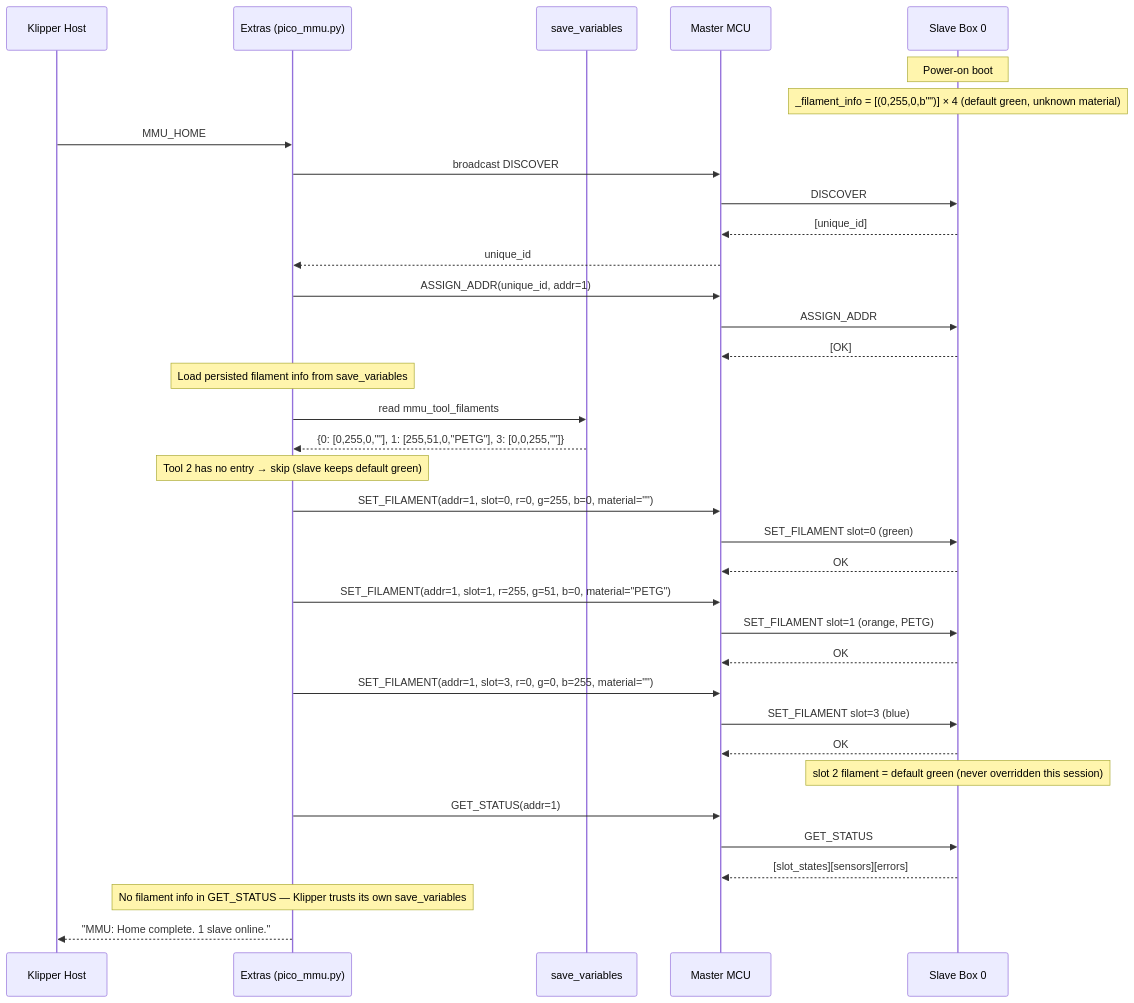
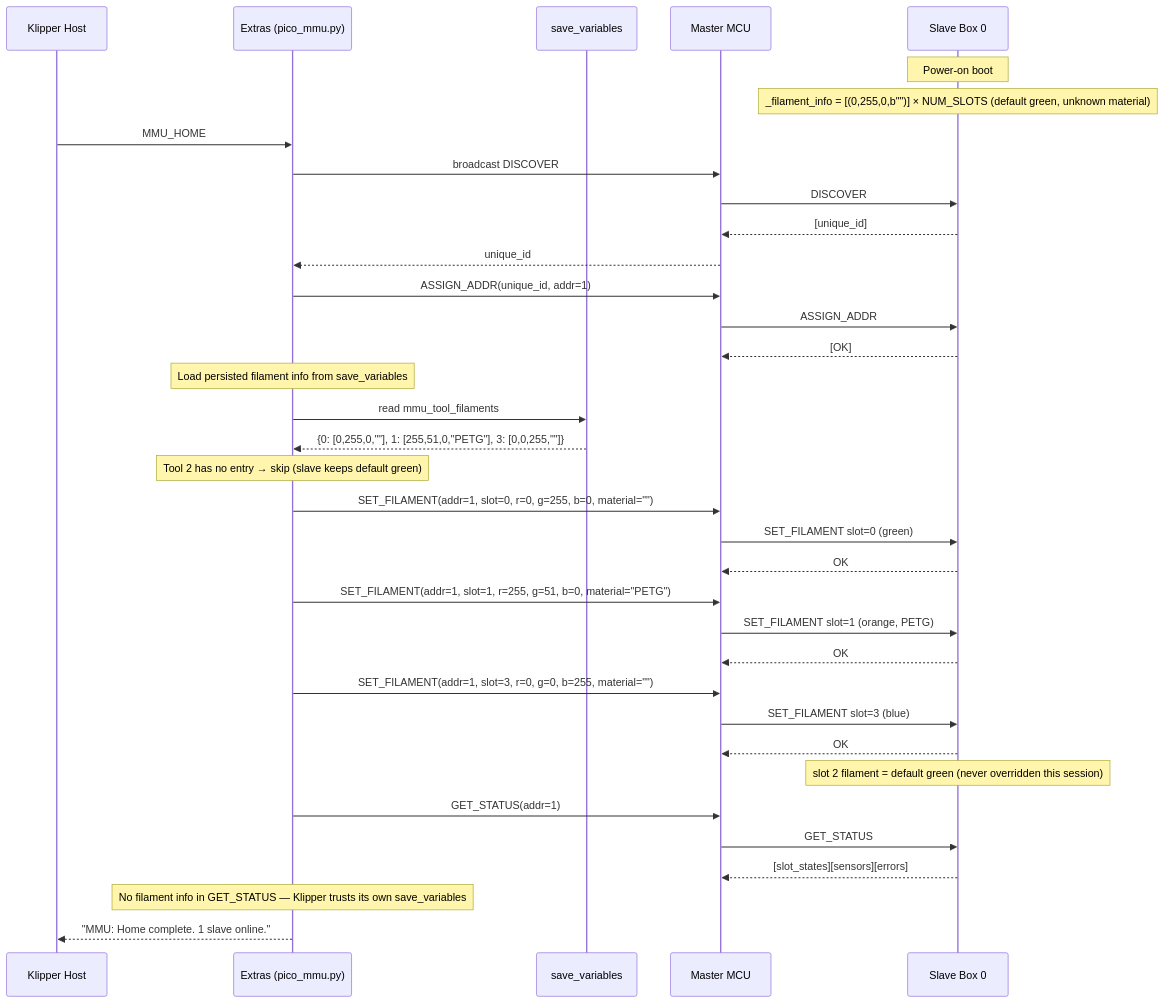
One commit to kastielspb/osamu changed the ninth of 20 diagrams in docs/firmware-spec.md. Above: the diagram before and after it, drawn with Mermaid. The commit also changed 10 other files, not shown here.

````diff
--- a/docs/firmware-spec.md
+++ b/docs/firmware-spec.md
@@ -408,47 +408,47 @@
 ```mermaid
 sequenceDiagram
     participant K as Klipper Host
     participant E as Extras (pico_mmu.py)
     participant SV as save_variables
     participant M as Master MCU
     participant S as Slave Box 0
 
     Note over S: Power-on boot
-    Note over S: _filament_info = [(0,255,0,b"")] × 4  (default green, unknown material)
+    Note over S: _filament_info = [(0,255,0,b"")] × NUM_SLOTS  (default green, unknown material)
 
     K->>E: MMU_HOME
     E->>M: broadcast DISCOVER
     M->>S: DISCOVER
     S-->>M: [unique_id]
     M-->>E: unique_id
 
     E->>M: ASSIGN_ADDR(unique_id, addr=1)
     M->>S: ASSIGN_ADDR
     S-->>M: [OK]
 
     Note over E: Load persisted filament info from save_variables
     E->>SV: read mmu_tool_filaments
     SV-->>E: {0: [0,255,0,""], 1: [255,51,0,"PETG"], 3: [0,0,255,""]}
     Note over E: Tool 2 has no entry → skip (slave keeps default green)
 
     E->>M: SET_FILAMENT(addr=1, slot=0, r=0, g=255, b=0, material="")
     M->>S: SET_FILAMENT slot=0 (green)
     S-->>M: OK
 
     E->>M: SET_FILAMENT(addr=1, slot=1, r=255, g=51, b=0, material="PETG")
     M->>S: SET_FILAMENT slot=1 (orange, PETG)
     S-->>M: OK
 
     E->>M: SET_FILAMENT(addr=1, slot=3, r=0, g=0, b=255, material="")
     M->>S: SET_FILAMENT slot=3 (blue)
     S-->>M: OK
 
     Note over S: slot 2 filament = default green (never overridden this session)
 
     E->>M: GET_STATUS(addr=1)
     M->>S: GET_STATUS
     S-->>M: [slot_states][sensors][errors]
     Note over E: No filament info in GET_STATUS — Klipper trusts its own save_variables
 
     E-->>K: "MMU: Home complete. 1 slave online."
 ```
````
